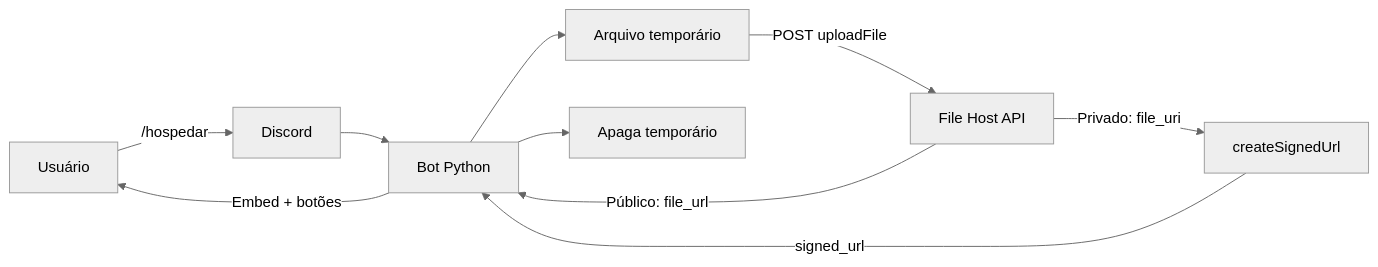
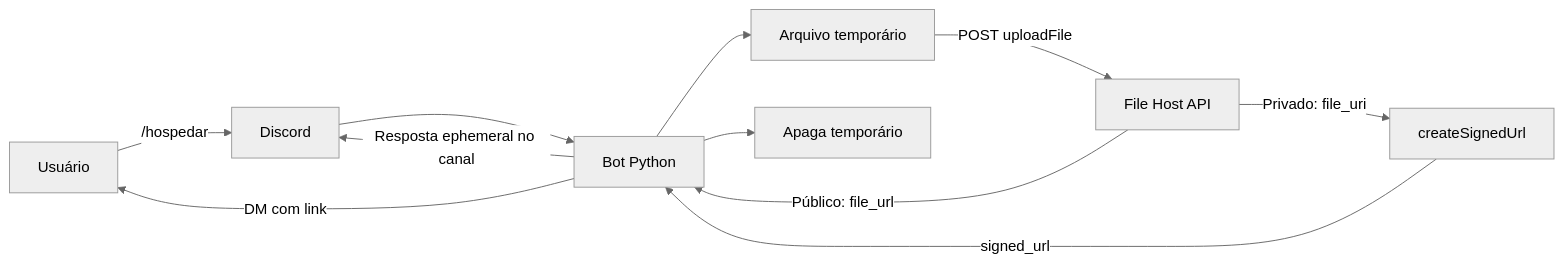
Before and after one commit to knox-devx/bot-discord-file-host: the diagram in README.md, drawn with Mermaid (neutral theme). The commit also changed other lines of this file, not shown here.

Commit message:
docs: documenta envio automatico por DM e ephemeral

````diff
--- a/README.md
+++ b/README.md
@@ -198,12 +210,13 @@
 ```mermaid
 flowchart LR
     A[Usuário] -->|/hospedar| B[Discord]
     B --> C[Bot Python]
     C --> D[Arquivo temporário]
     D -->|POST uploadFile| E[File Host API]
     E -->|Público: file_url| C
     E -->|Privado: file_uri| F[createSignedUrl]
     F -->|signed_url| C
-    C -->|Embed + botões| A
+    C -->|DM com link| A
+    C -->|Resposta ephemeral no canal| B
     C --> G[Apaga temporário]
 ```
````
